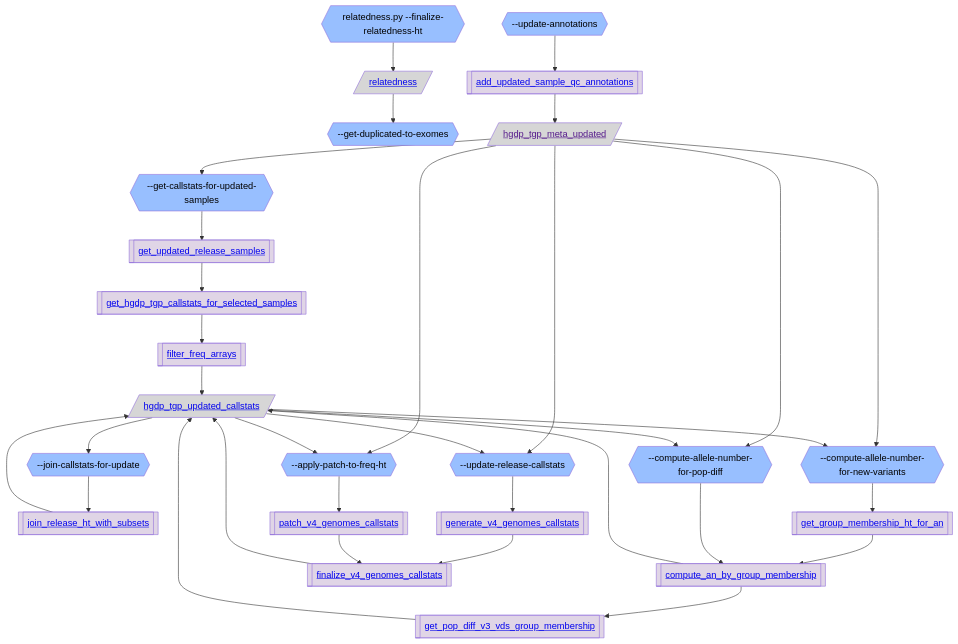
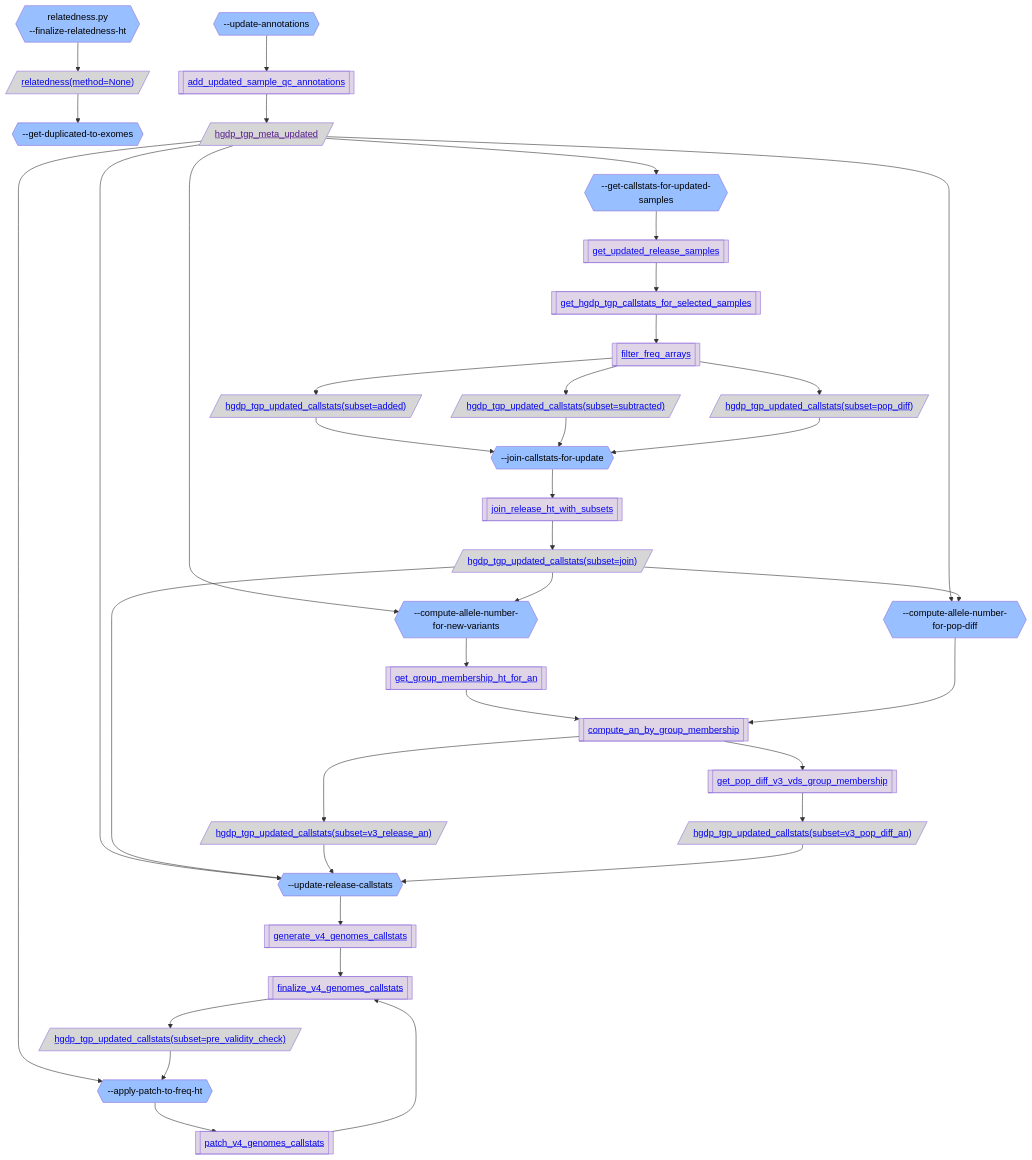
Before and after one commit to broadinstitute/gnomad_qc: the fourth of 5 diagrams in gnomad_qc/v4/annotations/README.md, drawn with Mermaid. The commit also changed other lines of this file and 3 other files, not shown here.

````diff
--- a/gnomad_qc/v4/annotations/README.md
+++ b/gnomad_qc/v4/annotations/README.md
@@ -201,65 +211,78 @@
 ```mermaid
 flowchart TB;
   classDef script_color fill:#2C5D4A,color:#000000
   classDef step_color fill:#98BFFF,color:#000000
   classDef func_color fill:#E0D5E6,color:#000000
   classDef gnomad_methods_color fill:#F9F2CE,color:#000000
   classDef hail_color fill:#FAEACE,color:#000000
   classDef resource_color fill:#D6D6D6,color:#000000
   classDef validity_check_color fill:#2C5D4A,color:#000000
 
-  step_finalize_relatedness_ht{{"relatedness.py --finalize-relatedness-ht"}}:::step_color;
-  resource_relatedness[/"<a href='https://github.com/broadinstitute/gnomad_qc/tree/main/gnomad_qc/v4/resources/sample_qc.py#L473'>relatedness</a>"/]:::resource_color;
+  step_finalize_relatedness_ht{{"relatedness.py
+--finalize-relatedness-ht"}}:::step_color;
+  resource_relatedness_method_None[/"<a href='https://github.com/broadinstitute/gnomad_qc/tree/main/gnomad_qc/v4/resources/sample_qc.py#L473'>relatedness(method=None)</a>"/]:::resource_color;
   step_get_duplicated_to_exomes{{"--get-duplicated-to-exomes"}}:::step_color;
   step_update_annotations{{"--update-annotations"}}:::step_color;
   func_add_updated_sample_qc_annotations[["<a href='https://github.com/broadinstitute/gnomad_qc/tree/main/gnomad_qc/v4/annotations/generate_freq_genomes.py#L253'>add_updated_sample_qc_annotations</a>"]]:::func_color;
   resource_hgdp_tgp_meta_updated[/"<a href=''>hgdp_tgp_meta_updated</a>"/]:::resource_color;
   step_get_callstats_for_updated_samples{{"--get-callstats-for-updated-samples"}}:::step_color;
   func_get_updated_release_samples[["<a href='https://github.com/broadinstitute/gnomad_qc/tree/main/gnomad_qc/v4/annotations/generate_freq_genomes.py#L398'>get_updated_release_samples</a>"]]:::func_color;
   func_get_hgdp_tgp_callstats_for_selected_samples[["<a href='https://github.com/broadinstitute/gnomad_qc/tree/main/gnomad_qc/v4/annotations/generate_freq_genomes.py#L518'>get_hgdp_tgp_callstats_for_selected_samples</a>"]]:::func_color;
   func_filter_freq_arrays[["<a href='https://github.com/broadinstitute/gnomad_qc/tree/main/gnomad_qc/v4/annotations/generate_freq_genomes.py#L566'>filter_freq_arrays</a>"]]:::func_color;
-  resource_hgdp_tgp_updated_callstats[/"<a href='https://github.com/broadinstitute/gnomad_qc/tree/main/gnomad_qc/v4/resources/annotations.py#L441'>hgdp_tgp_updated_callstats</a>"/]:::resource_color;
+  resource_hgdp_tgp_updated_callstats_subset_added[/"<a href='https://github.com/broadinstitute/gnomad_qc/tree/main/gnomad_qc/v4/resources/annotations.py#L441'>hgdp_tgp_updated_callstats(subset=added)</a>"/]:::resource_color;
   step_join_callstats_for_update{{"--join-callstats-for-update"}}:::step_color;
   func_join_release_ht_with_subsets[["<a href='https://github.com/broadinstitute/gnomad_qc/tree/main/gnomad_qc/v4/annotations/generate_freq_genomes.py#L652'>join_release_ht_with_subsets</a>"]]:::func_color;
+  resource_hgdp_tgp_updated_callstats_subset_subtracted[/"<a href='https://github.com/broadinstitute/gnomad_qc/tree/main/gnomad_qc/v4/resources/annotations.py#L441'>hgdp_tgp_updated_callstats(subset=subtracted)</a>"/]:::resource_color;
+  resource_hgdp_tgp_updated_callstats_subset_pop_diff[/"<a href='https://github.com/broadinstitute/gnomad_qc/tree/main/gnomad_qc/v4/resources/annotations.py#L441'>hgdp_tgp_updated_callstats(subset=pop_diff)</a>"/]:::resource_color;
   step_compute_allele_number_for_new_variants{{"--compute-allele-number-for-new-variants"}}:::step_color;
   func_get_group_membership_ht_for_an[["<a href='https://github.com/broadinstitute/gnomad_qc/tree/main/gnomad_qc/v4/annotations/generate_freq_genomes.py#L688'>get_group_membership_ht_for_an</a>"]]:::func_color;
   func_compute_an_by_group_membership[["<a href='https://github.com/broadinstitute/gnomad_qc/tree/main/gnomad_qc/v4/annotations/generate_freq_genomes.py#L814'>compute_an_by_group_membership</a>"]]:::func_color;
+  resource_hgdp_tgp_updated_callstats_subset_join[/"<a href='https://github.com/broadinstitute/gnomad_qc/tree/main/gnomad_qc/v4/resources/annotations.py#L441'>hgdp_tgp_updated_callstats(subset=join)</a>"/]:::resource_color;
   step_update_release_callstats{{"--update-release-callstats"}}:::step_color;
   func_generate_v4_genomes_callstats[["<a href='https://github.com/broadinstitute/gnomad_qc/tree/main/gnomad_qc/v4/annotations/generate_freq_genomes.py#L948'>generate_v4_genomes_callstats</a>"]]:::func_color;
   func_finalize_v4_genomes_callstats[["<a href='https://github.com/broadinstitute/gnomad_qc/tree/main/gnomad_qc/v4/annotations/generate_freq_genomes.py#L1046'>finalize_v4_genomes_callstats</a>"]]:::func_color;
+  resource_hgdp_tgp_updated_callstats_subset_v3_release_an[/"<a href='https://github.com/broadinstitute/gnomad_qc/tree/main/gnomad_qc/v4/resources/annotations.py#L441'>hgdp_tgp_updated_callstats(subset=v3_release_an)</a>"/]:::resource_color;
   step_compute_allele_number_for_pop_diff{{"--compute-allele-number-for-pop-diff"}}:::step_color;
   func_get_pop_diff_v3_vds_group_membership[["<a href='https://github.com/broadinstitute/gnomad_qc/tree/main/gnomad_qc/v4/annotations/generate_freq_genomes.py#L1221'>get_pop_diff_v3_vds_group_membership</a>"]]:::func_color;
+  resource_hgdp_tgp_updated_callstats_subset_v3_pop_diff_an[/"<a href='https://github.com/broadinstitute/gnomad_qc/tree/main/gnomad_qc/v4/resources/annotations.py#L441'>hgdp_tgp_updated_callstats(subset=v3_pop_diff_an)</a>"/]:::resource_color;
   step_apply_patch_to_freq_ht{{"--apply-patch-to-freq-ht"}}:::step_color;
   func_patch_v4_genomes_callstats[["<a href='https://github.com/broadinstitute/gnomad_qc/tree/main/gnomad_qc/v4/annotations/generate_freq_genomes.py#L1259'>patch_v4_genomes_callstats</a>"]]:::func_color;
-  step_finalize_relatedness_ht --> resource_relatedness;
-  resource_relatedness --> step_get_duplicated_to_exomes;
+  resource_hgdp_tgp_updated_callstats_subset_pre_validity_check[/"<a href='https://github.com/broadinstitute/gnomad_qc/tree/main/gnomad_qc/v4/resources/annotations.py#L441'>hgdp_tgp_updated_callstats(subset=pre_validity_check)</a>"/]:::resource_color;
+  step_finalize_relatedness_ht --> resource_relatedness_method_None;
+  resource_relatedness_method_None --> step_get_duplicated_to_exomes;
   step_update_annotations --> func_add_updated_sample_qc_annotations;
   func_add_updated_sample_qc_annotations --> resource_hgdp_tgp_meta_updated;
   resource_hgdp_tgp_meta_updated --> step_get_callstats_for_updated_samples;
   step_get_callstats_for_updated_samples --> func_get_updated_release_samples;
   func_get_updated_release_samples --> func_get_hgdp_tgp_callstats_for_selected_samples;
   func_get_hgdp_tgp_callstats_for_selected_samples --> func_filter_freq_arrays;
-  func_filter_freq_arrays --> resource_hgdp_tgp_updated_callstats;
-  resource_hgdp_tgp_updated_callstats --> step_join_callstats_for_update;
+  func_filter_freq_arrays --> resource_hgdp_tgp_updated_callstats_subset_added;
+  resource_hgdp_tgp_updated_callstats_subset_added --> step_join_callstats_for_update;
   step_join_callstats_for_update --> func_join_release_ht_with_subsets;
+  func_filter_freq_arrays --> resource_hgdp_tgp_updated_callstats_subset_subtracted;
+  resource_hgdp_tgp_updated_callstats_subset_subtracted --> step_join_callstats_for_update;
+  func_filter_freq_arrays --> resource_hgdp_tgp_updated_callstats_subset_pop_diff;
+  resource_hgdp_tgp_updated_callstats_subset_pop_diff --> step_join_callstats_for_update;
   resource_hgdp_tgp_meta_updated --> step_compute_allele_number_for_new_variants;
   step_compute_allele_number_for_new_variants --> func_get_group_membership_ht_for_an;
   func_get_group_membership_ht_for_an --> func_compute_an_by_group_membership;
-  func_join_release_ht_with_subsets --> resource_hgdp_tgp_updated_callstats;
-  resource_hgdp_tgp_updated_callstats --> step_compute_allele_number_for_new_variants;
+  func_join_release_ht_with_subsets --> resource_hgdp_tgp_updated_callstats_subset_join;
+  resource_hgdp_tgp_updated_callstats_subset_join --> step_compute_allele_number_for_new_variants;
   resource_hgdp_tgp_meta_updated --> step_update_release_callstats;
   step_update_release_callstats --> func_generate_v4_genomes_callstats;
   func_generate_v4_genomes_callstats --> func_finalize_v4_genomes_callstats;
-  resource_hgdp_tgp_updated_callstats --> step_update_release_callstats;
-  func_compute_an_by_group_membership --> resource_hgdp_tgp_updated_callstats;
+  resource_hgdp_tgp_updated_callstats_subset_join --> step_update_release_callstats;
+  func_compute_an_by_group_membership --> resource_hgdp_tgp_updated_callstats_subset_v3_release_an;
+  resource_hgdp_tgp_updated_callstats_subset_v3_release_an --> step_update_release_callstats;
   step_compute_allele_number_for_pop_diff --> func_compute_an_by_group_membership;
   func_compute_an_by_group_membership --> func_get_pop_diff_v3_vds_group_membership;
-  func_get_pop_diff_v3_vds_group_membership --> resource_hgdp_tgp_updated_callstats;
+  func_get_pop_diff_v3_vds_group_membership --> resource_hgdp_tgp_updated_callstats_subset_v3_pop_diff_an;
+  resource_hgdp_tgp_updated_callstats_subset_v3_pop_diff_an --> step_update_release_callstats;
   resource_hgdp_tgp_meta_updated --> step_apply_patch_to_freq_ht;
   step_apply_patch_to_freq_ht --> func_patch_v4_genomes_callstats;
   func_patch_v4_genomes_callstats --> func_finalize_v4_genomes_callstats;
-  func_finalize_v4_genomes_callstats --> resource_hgdp_tgp_updated_callstats;
-  resource_hgdp_tgp_updated_callstats --> step_apply_patch_to_freq_ht;
+  func_finalize_v4_genomes_callstats --> resource_hgdp_tgp_updated_callstats_subset_pre_validity_check;
+  resource_hgdp_tgp_updated_callstats_subset_pre_validity_check --> step_apply_patch_to_freq_ht;
   resource_hgdp_tgp_meta_updated --> step_compute_allele_number_for_pop_diff;
-  resource_hgdp_tgp_updated_callstats --> step_compute_allele_number_for_pop_diff;
+  resource_hgdp_tgp_updated_callstats_subset_join --> step_compute_allele_number_for_pop_diff;
 ```
````
